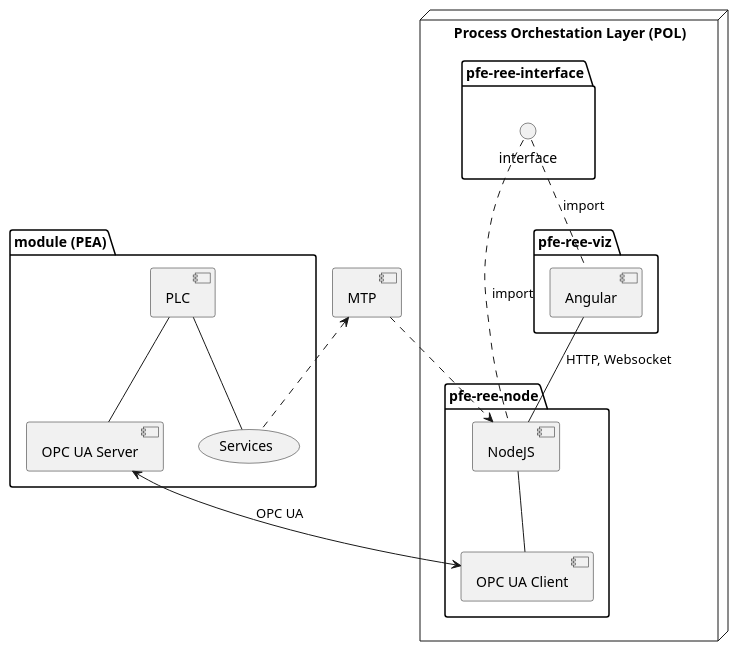
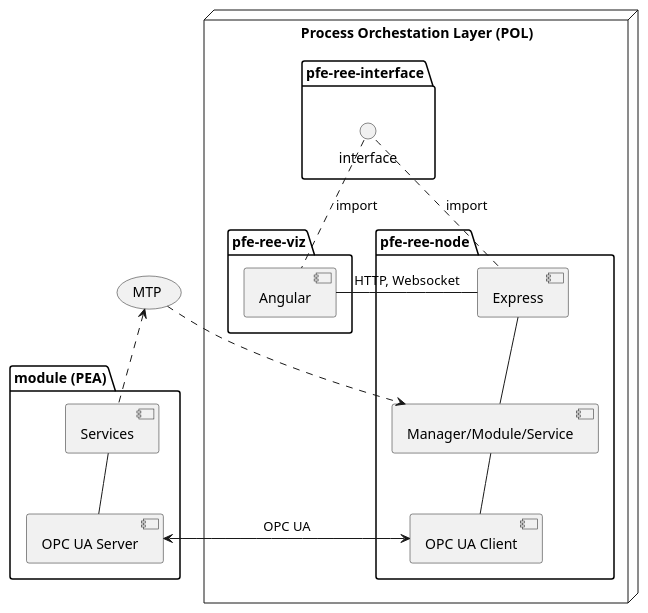
The diagram in componentdiagram.puml (p2o-lab/polaris-backend), drawn with PlantUML before and after one commit. The commit also changed 1 other file, not shown here.

Commit message:
enhance UML diagram

```diff
--- a/componentdiagram.puml
+++ b/componentdiagram.puml
@@ -1,30 +1,32 @@
 @startuml
 
+
+
 package "module (PEA)" {
-    [PLC] -- [OPC UA Server]
-    [PLC] -- (Services)
+    [Services] -- [OPC UA Server]
 }
 
 node "Process Orchestation Layer (POL)" {
     package "pfe-ree-node" {
-        [NodeJS] -- [OPC UA Client]
+        [Express] -- [Manager/Module/Service]
+        [Manager/Module/Service] -- [OPC UA Client]
     }
 
     package "pfe-ree-viz" {
-        [Angular] -- [NodeJS] : HTTP, Websocket
+        [Angular] -right- [Express] : HTTP, Websocket
     }
 
     package "pfe-ree-interface" {
         () interface as if
     }
 }
 
-if .. [NodeJS] : import
-if .. [Angular] : import
+if .down. [Express] : import
+if .down. [Angular] : import
 
-[OPC UA Server] <--> [OPC UA Client] : OPC UA
+[OPC UA Server] <-left-> [OPC UA Client] : OPC UA
 
-[MTP] <.. (Services)
-[MTP] ..> [NodeJS]
+(MTP) <.down. [Services]
+(MTP) .down.> [Manager/Module/Service]
 
 @enduml
```
